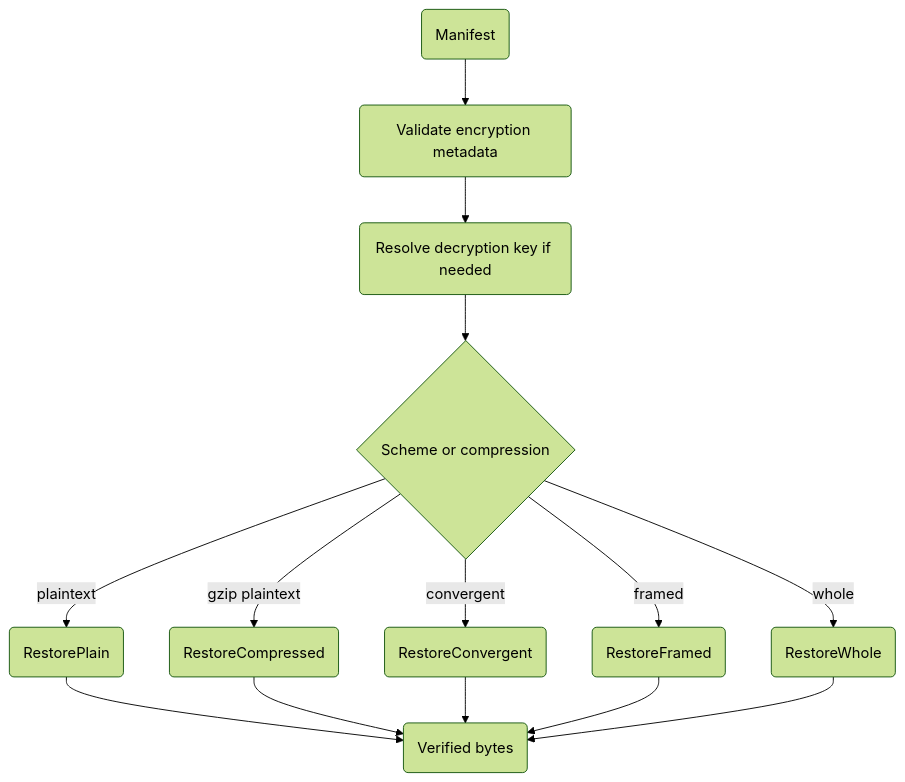
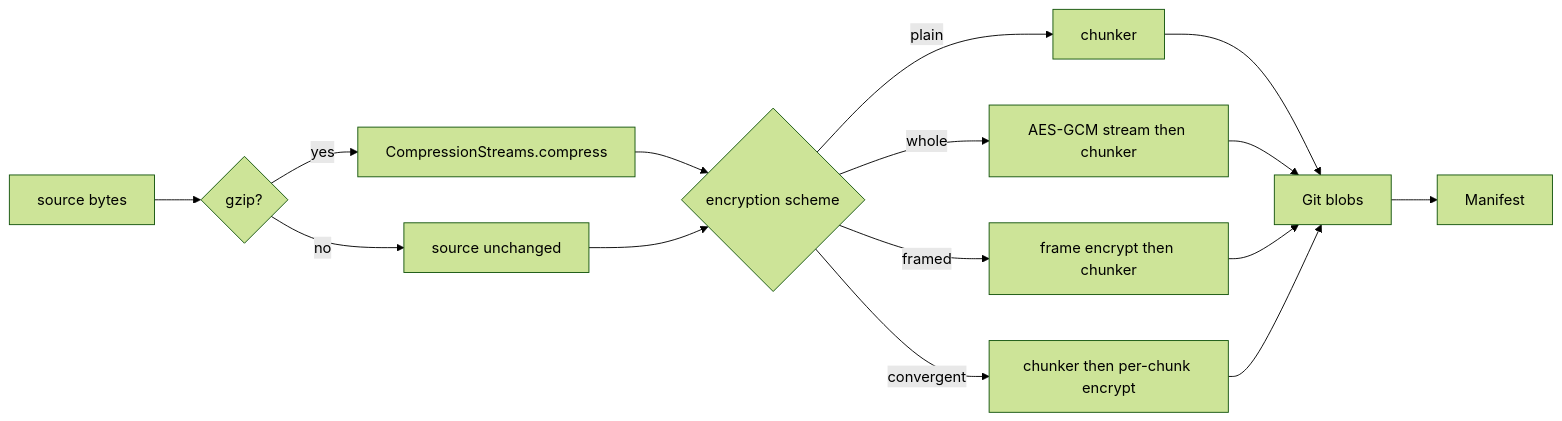
Before and after one commit to git-stunts/git-cas: diagram 20 of 33 in docs/TECHNICAL_TEARDOWN.md, drawn with Mermaid (forest theme). The commit also changed other lines of this file, not shown here.

````diff
--- a/docs/TECHNICAL_TEARDOWN.md
+++ b/docs/TECHNICAL_TEARDOWN.md
@@ -807,16 +989,17 @@
 ```mermaid
-flowchart TD
-    A("Manifest") --> B("Validate encryption metadata")
-    B --> C("Resolve decryption key if needed")
-    C --> D{"Scheme or compression"}
-    D -->|"plaintext"| E("RestorePlain")
-    D -->|"gzip plaintext"| F("RestoreCompressed")
-    D -->|"convergent"| G("RestoreConvergent")
-    D -->|"framed"| H("RestoreFramed")
-    D -->|"whole"| I("RestoreWhole")
-    E --> J("Verified bytes")
-    F --> J
+flowchart LR
+    A["source bytes"] --> B{"gzip?"}
+    B -->|"yes"| C["CompressionStreams.compress"]
+    B -->|"no"| D["source unchanged"]
+    C --> E{"encryption scheme"}
+    D --> E
+    E -->|"plain"| F["chunker"]
+    E -->|"whole"| G["AES-GCM stream then chunker"]
+    E -->|"framed"| H["frame encrypt then chunker"]
+    E -->|"convergent"| I["chunker then per-chunk encrypt"]
+    F --> J["Git blobs"]
     G --> J
     H --> J
     I --> J
+    J --> K["Manifest"]
 ```
````
